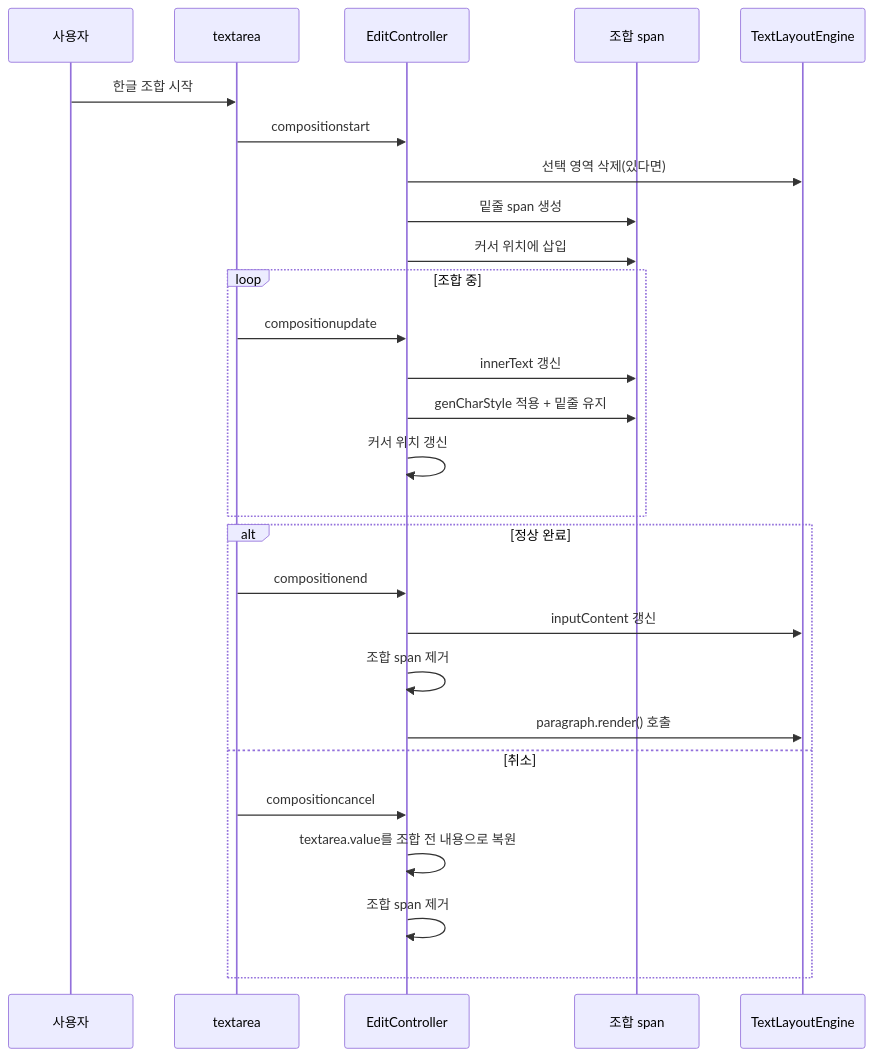
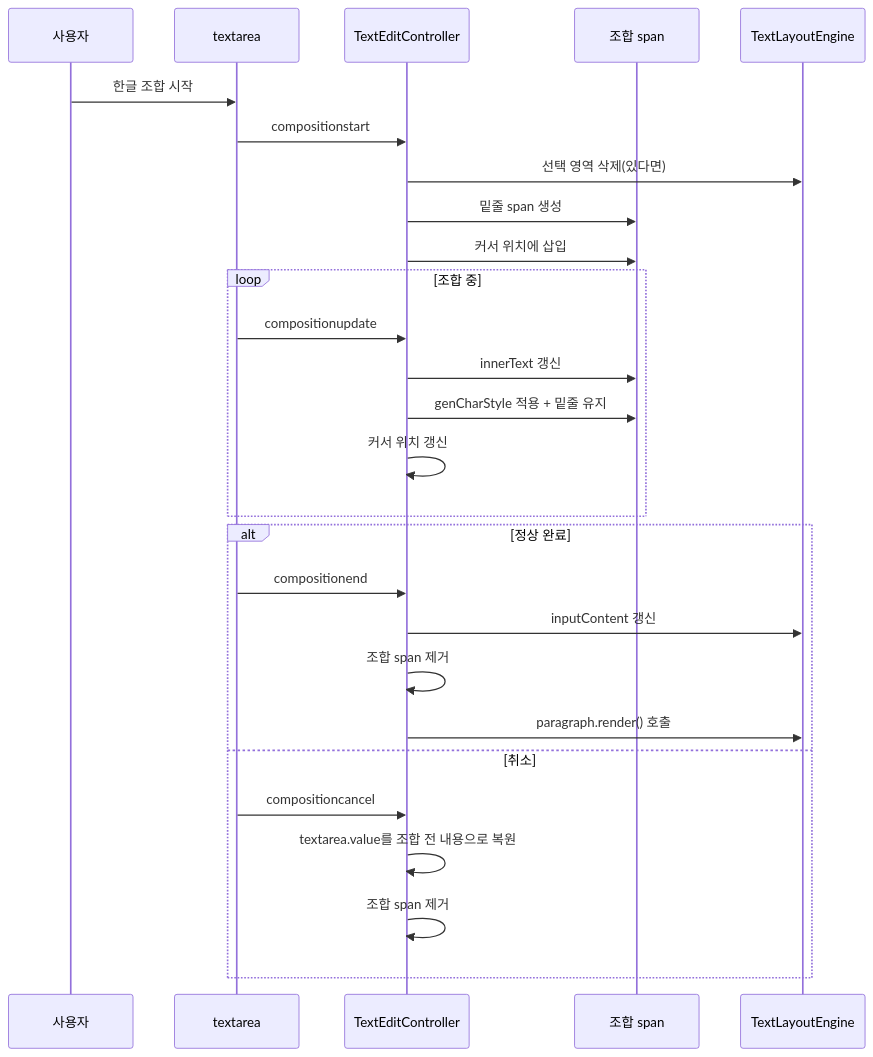
Before and after one commit to kyiimn/layout-element: the seventh of 14 diagrams in docs/EDITING_TEXT.md, drawn with Mermaid. The commit also changed other lines of this file, not shown here.

First line of the commit message:
docs: EDITING_TEXT.md에 TextEditController rename 및 EditManager 텍스트 편집 모드 API 반영

````diff
--- a/docs/EDITING_TEXT.md
+++ b/docs/EDITING_TEXT.md
@@ -855,32 +975,32 @@
 ```mermaid
 sequenceDiagram
     participant User as 사용자
     participant TA as textarea
-    participant EC as EditController
+    participant EC as TextEditController
     participant Span as 조합 span
     participant Model as TextLayoutEngine
 
     User->>TA: 한글 조합 시작
     TA->>EC: compositionstart
     EC->>Model: 선택 영역 삭제(있다면)
     EC->>Span: 밑줄 span 생성
     EC->>Span: 커서 위치에 삽입
 
     loop 조합 중
         TA->>EC: compositionupdate
         EC->>Span: innerText 갱신
         EC->>Span: genCharStyle 적용 + 밑줄 유지
         EC->>EC: 커서 위치 갱신
     end
 
     alt 정상 완료
         TA->>EC: compositionend
         EC->>Model: inputContent 갱신
         EC->>EC: 조합 span 제거
         EC->>Model: paragraph.render() 호출
     else 취소
         TA->>EC: compositioncancel
         EC->>EC: textarea.value를 조합 전 내용으로 복원
         EC->>EC: 조합 span 제거
     end
 ```
````
